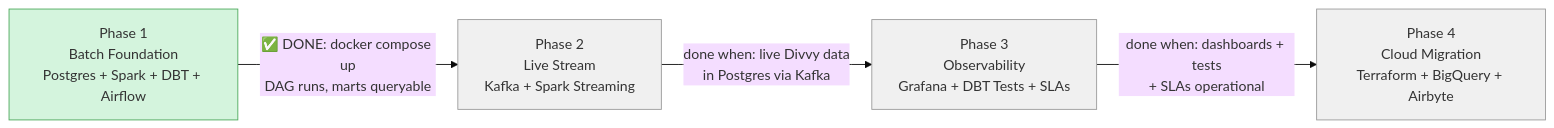
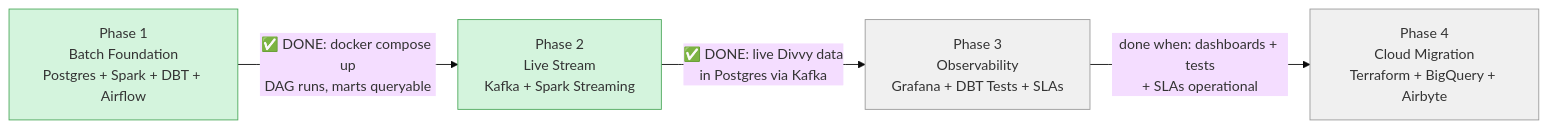
Before and after one commit to SagarMarthandan/chicago-data-pipeline: the third of 3 diagrams in README.md, drawn with Mermaid (base theme). The commit also changed other lines of this file and 12 other files, not shown here.

````diff
--- a/README.md
+++ b/README.md
@@ -83,16 +83,16 @@
 ```mermaid
 graph LR
     P1["Phase 1<br/>Batch Foundation<br/>Postgres + Spark + DBT + Airflow"]
     P2["Phase 2<br/>Live Stream<br/>Kafka + Spark Streaming"]
     P3["Phase 3<br/>Observability<br/>Grafana + DBT Tests + SLAs"]
     P4["Phase 4<br/>Cloud Migration<br/>Terraform + BigQuery + Airbyte"]
 
     P1 -->|"✅ DONE: docker compose up<br/>DAG runs, marts queryable"| P2
-    P2 -->|"done when: live Divvy data<br/>in Postgres via Kafka"| P3
+    P2 -->|"✅ DONE: live Divvy data<br/>in Postgres via Kafka"| P3
     P3 -->|"done when: dashboards + tests<br>+ SLAs operational"| P4
 
     style P1 fill:#d4f4dd,stroke:#4ca85a
-    style P2 fill:#f0f0f0,stroke:#999
+    style P2 fill:#d4f4dd,stroke:#4ca85a
     style P3 fill:#f0f0f0,stroke:#999
     style P4 fill:#f0f0f0,stroke:#999
 ```
````
